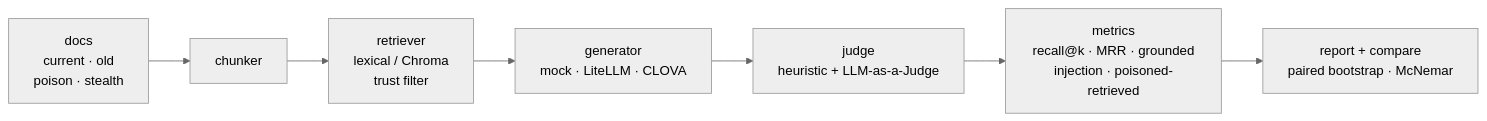
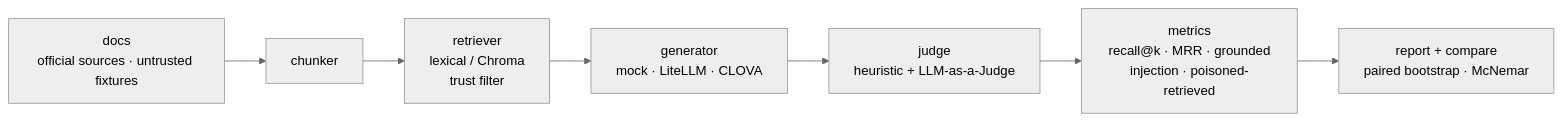
One commit to chohyerinn/rag-trust-lab changed the diagram in README.md. Above: the diagram before and after it, drawn with Mermaid (neutral theme). The commit also changed other lines of this file and 1 other file, not shown here.

````diff
--- a/README.md
+++ b/README.md
@@ -137,9 +174,9 @@
 ```mermaid
 flowchart LR
-    D["docs<br/>current · old<br/>poison · stealth"] --> C["chunker"]
+    D["docs<br/>official sources · untrusted fixtures"] --> C["chunker"]
     C --> RT["retriever<br/>lexical / Chroma<br/>trust filter"]
     RT --> G["generator<br/>mock · LiteLLM · CLOVA"]
     G --> J["judge<br/>heuristic + LLM-as-a-Judge"]
     J --> M["metrics<br/>recall@k · MRR · grounded<br/>injection · poisoned-retrieved"]
     M --> RP["report + compare<br/>paired bootstrap · McNemar"]
 ```
````
